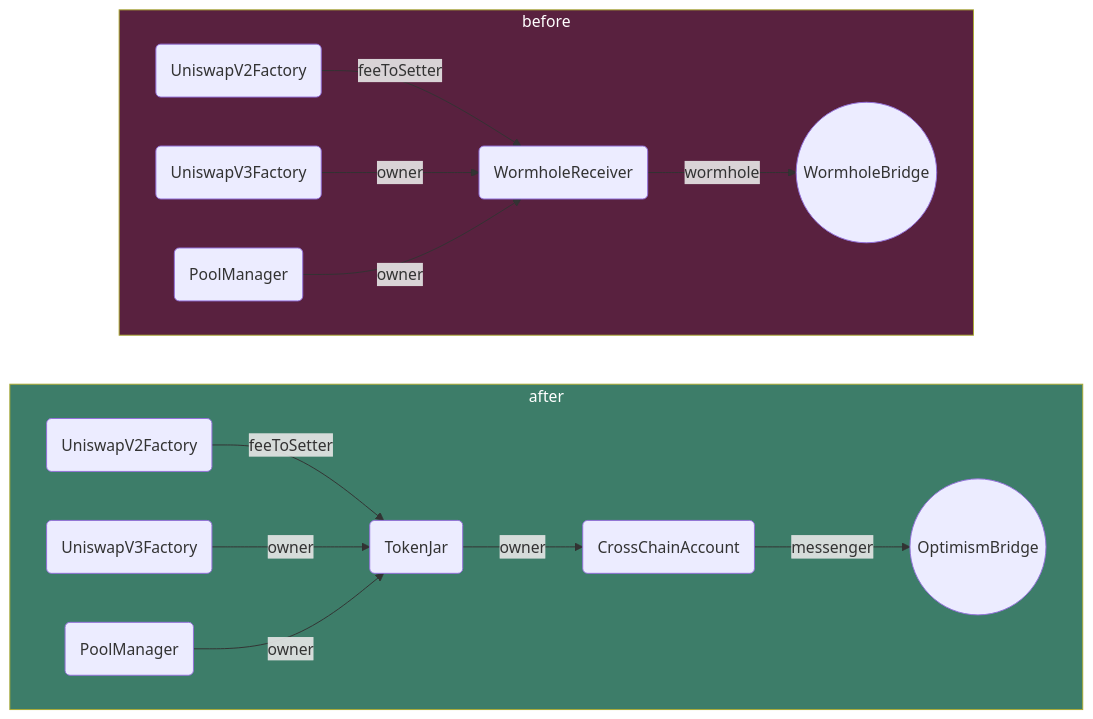
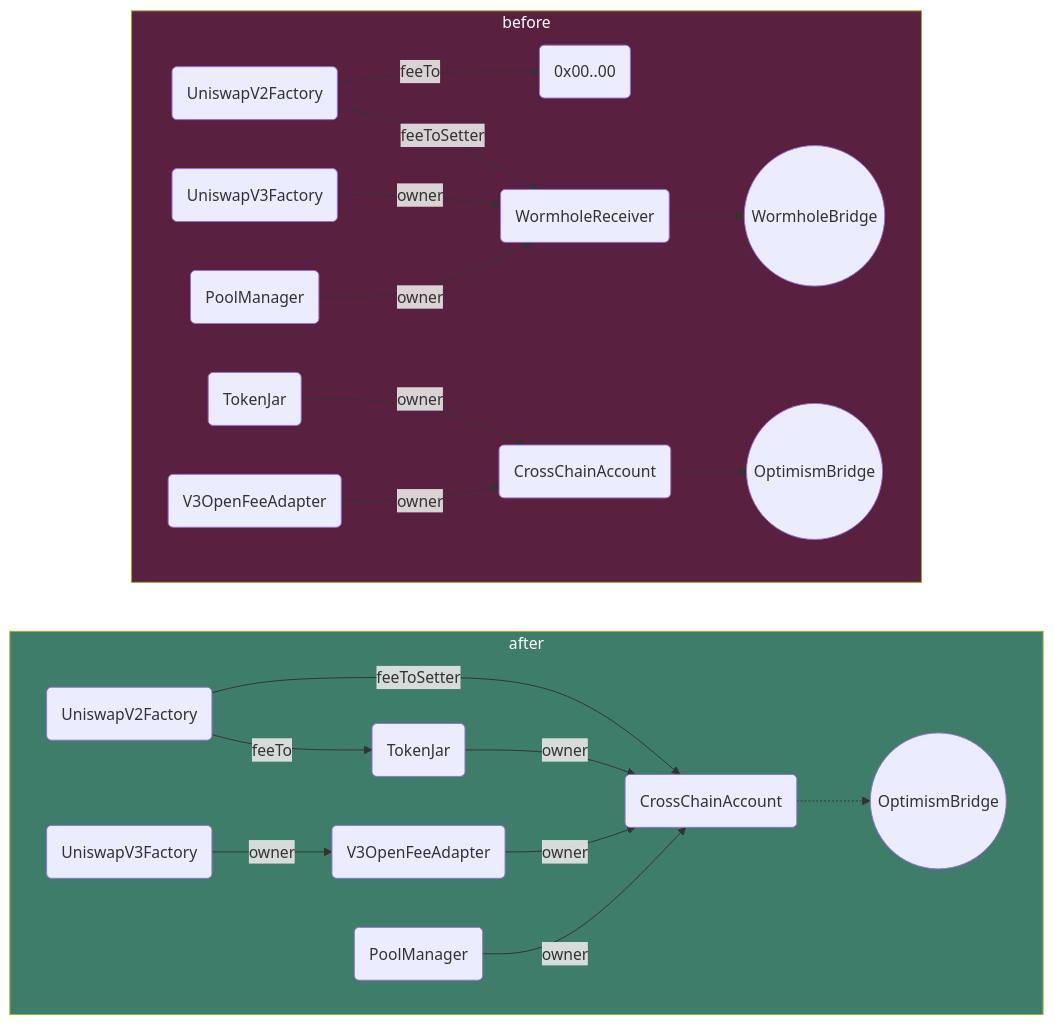
One commit to Uniswap/protocol-fees changed the fifth of 5 diagrams in script/proposal-4/Index.md. Above: the diagram before and after it, drawn with Mermaid. The commit also changed other lines of this file and 2 other files, not shown here.

````diff
--- a/script/proposal-4/Index.md
+++ b/script/proposal-4/Index.md
@@ -464,40 +471,55 @@
 ```mermaid
 flowchart LR
     subgraph after
         direction LR
 
-        A_V2F(UniswapV2Factory)
-        A_V3F(UniswapV3Factory)
-        A_PM(PoolManager)
-        A_TJ(TokenJar)
-        A_CCA(CrossChainAccount)
-        A_OB((OptimismBridge))
+        A_UniswapV2Factory(UniswapV2Factory)
+        A_UniswapV3Factory(UniswapV3Factory)
+        A_PoolManager(PoolManager)
+        A_TokenJar(TokenJar)
+        A_CrossChainAccount(CrossChainAccount)
+        A_V3OpenFeeAdapter(V3OpenFeeAdapter)
+        A_OptimismBridge((OptimismBridge))
 
-        A_V2F -->|feeToSetter| A_TJ
-        A_V3F -->|owner| A_TJ
-        A_PM -->|owner| A_TJ
-        A_TJ -->|owner| A_CCA
-        A_CCA -->|messenger| A_OB
+        A_UniswapV2Factory -->|feeTo| A_TokenJar
+        A_UniswapV2Factory -->|feeToSetter| A_CrossChainAccount
+        A_UniswapV3Factory -->|owner| A_V3OpenFeeAdapter
+        A_TokenJar -->|owner| A_CrossChainAccount
+        A_V3OpenFeeAdapter -->|owner| A_CrossChainAccount
+        A_PoolManager -->|owner| A_CrossChainAccount
+
+        A_CrossChainAccount -.-> A_OptimismBridge
+
     end
 
     subgraph before
         direction LR
 
-        B_V2F(UniswapV2Factory)
-        B_V3F(UniswapV3Factory)
-        B_PM(PoolManager)
-        B_WR(WormholeReceiver)
-        B_WB((WormholeBridge))
+        B_UniswapV2Factory(UniswapV2Factory)
+        B_UniswapV3Factory(UniswapV3Factory)
+        B_PoolManager(PoolManager)
+        B_TokenJar(TokenJar)
+        B_CrossChainAccount(CrossChainAccount)
+        B_V3OpenFeeAdapter(V3OpenFeeAdapter)
+        B_WormholeReceiver(WormholeReceiver)
+        B_WormholeBridge((WormholeBridge))
+        B_OptimismBridge((OptimismBridge))
+        B_Z(0x00..00)
 
-        B_WR -->|wormhole| B_WB
-        B_V2F -->|feeToSetter| B_WR
-        B_V3F -->|owner| B_WR
-        B_PM -->|owner| B_WR
+        B_UniswapV2Factory -->|feeTo| B_Z
+        B_UniswapV2Factory -->|feeToSetter| B_WormholeReceiver
+        B_UniswapV3Factory -->|owner| B_WormholeReceiver
+        B_PoolManager -->|owner| B_WormholeReceiver
+        B_TokenJar -->|owner| B_CrossChainAccount
+        B_V3OpenFeeAdapter -->|owner| B_CrossChainAccount
+
+        B_WormholeReceiver -.-> B_WormholeBridge
+        B_CrossChainAccount -.-> B_OptimismBridge
     end
 
     before:::before
     after:::after
 
     classDef before fill:#59213f,color:#fff
     classDef after fill:#3d7d69,color:#fff
 ```
````
